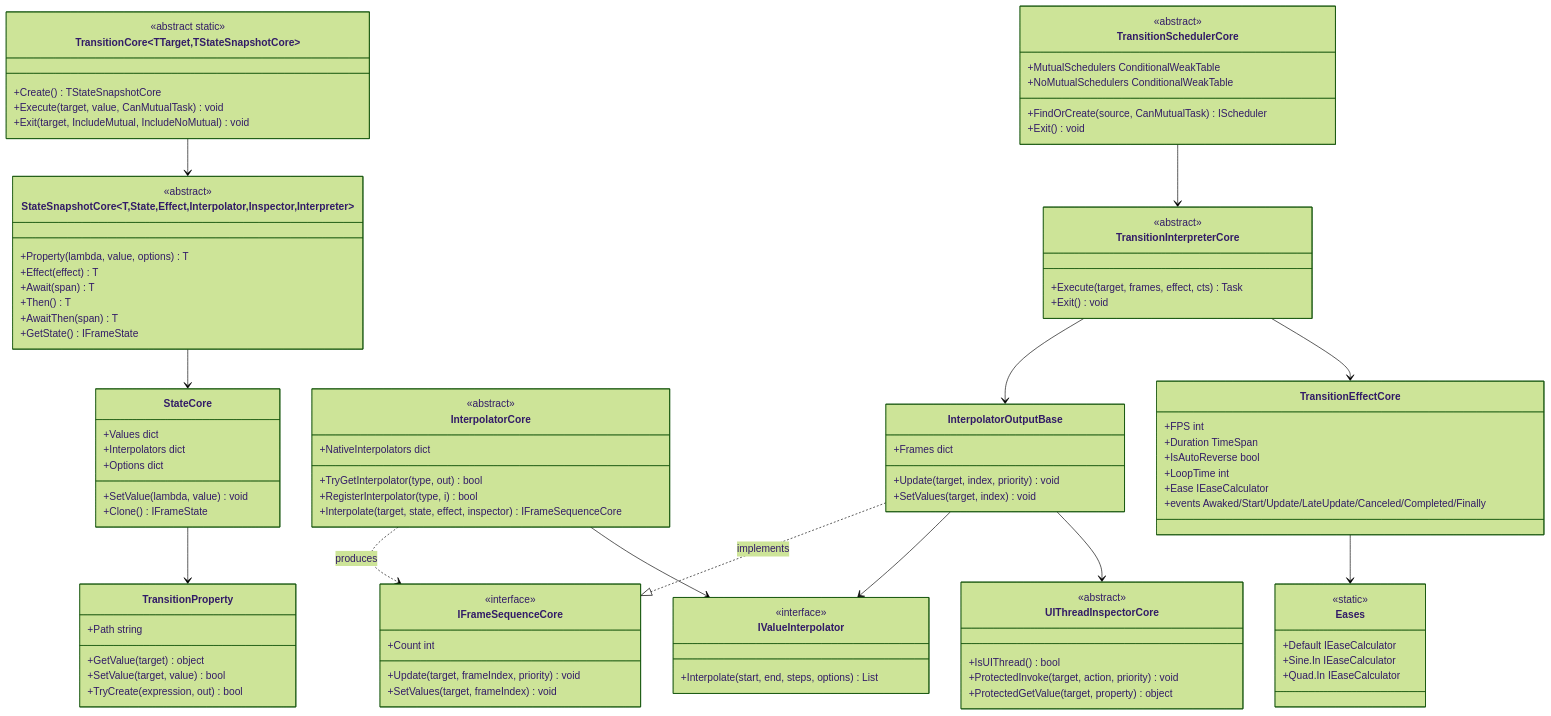
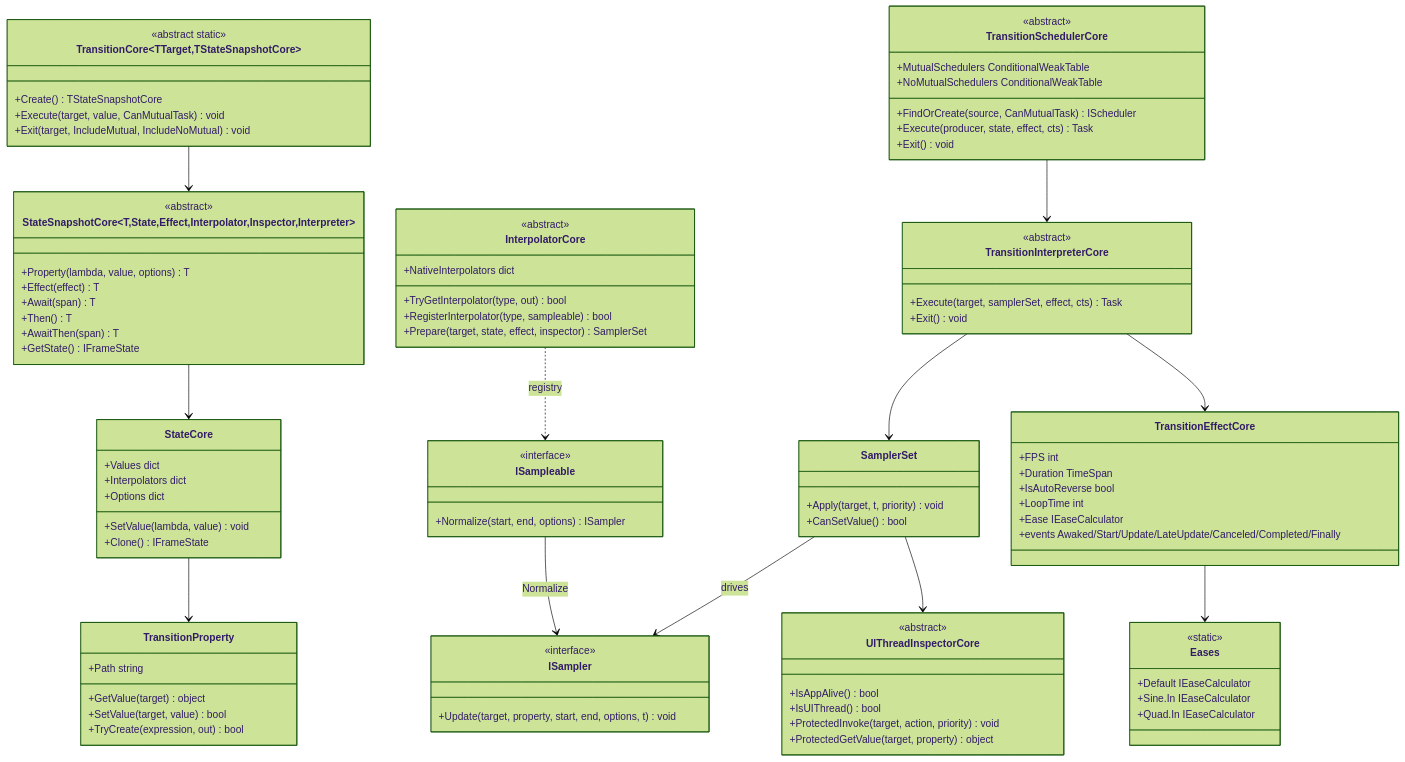
Before and after one commit to Axvser/VeloxDev.Docs: the diagram in src/CloudGlyph/Assets/Docs/content/en/3_SE_Analysis/02_design-patterns/03_transition/index.md, drawn with Mermaid (forest theme). The commit also changed other lines of this file and 41 other files, not shown here.

First line of the commit message:
docs(transition): update for stateless sampler semantics (ISampler/ISampleable, SamplerSet)

````diff
--- a/src/CloudGlyph/Assets/Docs/content/en/3_SE_Analysis/02_design-patterns/03_transition/index.md
+++ b/src/CloudGlyph/Assets/Docs/content/en/3_SE_Analysis/02_design-patterns/03_transition/index.md
@@ -34,18 +34,20 @@
         <<abstract>>
         +NativeInterpolators dict
         +TryGetInterpolator(type, out) bool
-        +RegisterInterpolator(type, i) bool
-        +Interpolate(target, state, effect, inspector) IFrameSequenceCore
+        +RegisterInterpolator(type, sampleable) bool
+        +Prepare(target, state, effect, inspector) SamplerSet
     }
-    class IValueInterpolator {
+    class ISampleable {
         <<interface>>
-        +Interpolate(start, end, steps, options) List
+        +Normalize(start, end, options) ISampler
     }
-    class IFrameSequenceCore {
+    class ISampler {
         <<interface>>
-        +Count int
-        +Update(target, frameIndex, priority) void
-        +SetValues(target, frameIndex) void
+        +Update(target, property, start, end, options, t) void
+    }
+    class SamplerSet {
+        +Apply(target, t, priority) void
+        +CanSetValue() bool
     }
     class TransitionEffectCore {
         +FPS int
@@ -66,20 +68,17 @@
         +MutualSchedulers ConditionalWeakTable
         +NoMutualSchedulers ConditionalWeakTable
         +FindOrCreate(source, CanMutualTask) IScheduler
+        +Execute(producer, state, effect, cts) Task
         +Exit() void
     }
     class TransitionInterpreterCore {
         <<abstract>>
-        +Execute(target, frames, effect, cts) Task
+        +Execute(target, samplerSet, effect, cts) Task
         +Exit() void
-    }
-    class InterpolatorOutputBase {
-        +Frames dict
-        +Update(target, index, priority) void
-        +SetValues(target, index) void
     }
     class UIThreadInspectorCore {
         <<abstract>>
+        +IsAppAlive() bool
         +IsUIThread() bool
         +ProtectedInvoke(target, action, priority) void
         +ProtectedGetValue(target, property) object
@@ -89,12 +88,11 @@
     StateSnapshotCore~T,State,Effect,Interpolator,Inspector,Interpreter~ --> StateCore
     StateCore --> TransitionProperty
     TransitionSchedulerCore --> TransitionInterpreterCore
-    TransitionInterpreterCore --> InterpolatorOutputBase
+    TransitionInterpreterCore --> SamplerSet
     TransitionInterpreterCore --> TransitionEffectCore
     TransitionEffectCore --> Eases
-    InterpolatorCore ..> IFrameSequenceCore : produces
-    InterpolatorOutputBase ..|> IFrameSequenceCore : implements
-    InterpolatorOutputBase --> IValueInterpolator
-    InterpolatorOutputBase --> UIThreadInspectorCore
-    InterpolatorCore --> IValueInterpolator
+    InterpolatorCore ..> ISampleable : registry
+    ISampleable --> ISampler : Normalize
+    SamplerSet --> ISampler : drives
+    SamplerSet --> UIThreadInspectorCore
 ```
````
